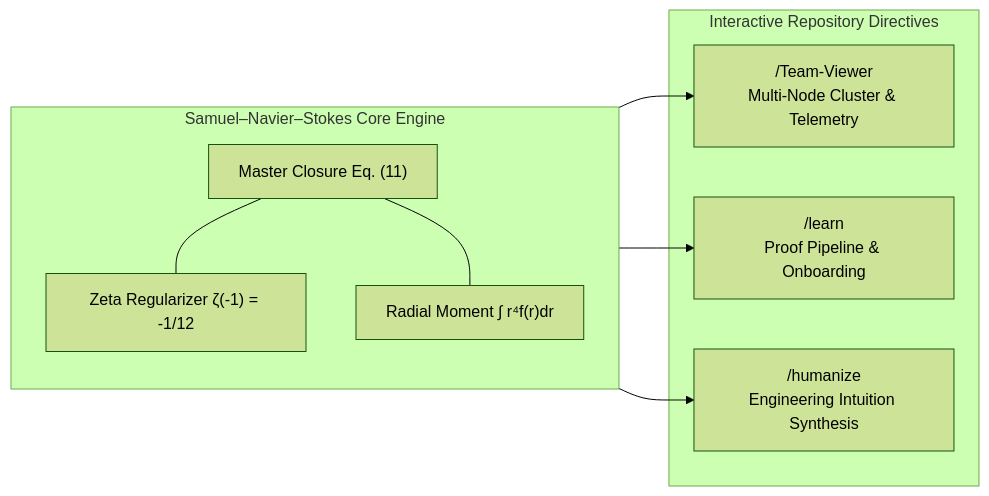
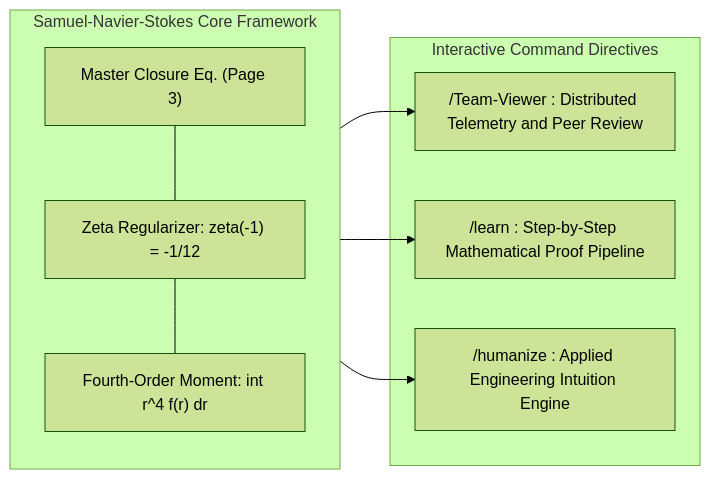
One commit to SamuelPurba/Samuel-Navier-Stocks-Equation-Solution changed the first of 2 diagrams in README.md. Above: the diagram before and after it, drawn with Mermaid (forest theme). The commit also changed other lines of this file, not shown here.

````diff
--- a/README.md
+++ b/README.md
@@ -228,20 +260,20 @@
 ```mermaid
 flowchart LR
-    subgraph Core["Samuel–Navier–Stokes Core Engine"]
-        EQ["Master Closure Eq. (11)"]
-        ZETA["Zeta Regularizer ζ(-1) = -1/12"]
-        RAD["Radial Moment ∫ r⁴f(r)dr"]
-        EQ --- ZETA
-        EQ --- RAD
+    subgraph Engine["Samuel-Navier-Stokes Core Framework"]
+        E1["Master Closure Eq. (Page 3)"]
+        E2["Zeta Regularizer: zeta(-1) = -1/12"]
+        E3["Fourth-Order Moment: int r^4 f(r) dr"]
+        E1 --- E2
+        E2 --- E3
     end
 
-    subgraph Directives["Interactive Repository Directives"]
-        TV["/Team-Viewer<br/>Multi-Node Cluster & Telemetry"]
-        LN["/learn<br/>Proof Pipeline & Onboarding"]
-        HM["/humanize<br/>Engineering Intuition Synthesis"]
+    subgraph Protocols["Interactive Command Directives"]
+        P1["/Team-Viewer : Distributed Telemetry and Peer Review"]
+        P2["/learn : Step-by-Step Mathematical Proof Pipeline"]
+        P3["/humanize : Applied Engineering Intuition Engine"]
     end
 
-    Core --> TV
-    Core --> LN
-    Core --> HM
+    Engine --> P1
+    Engine --> P2
+    Engine --> P3
 ```
````
